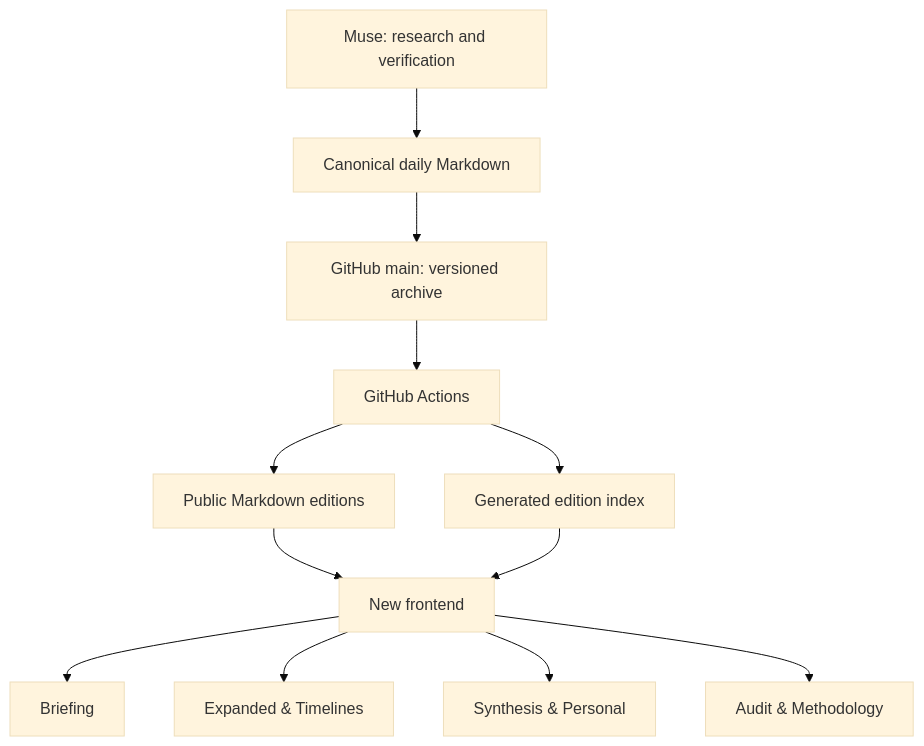
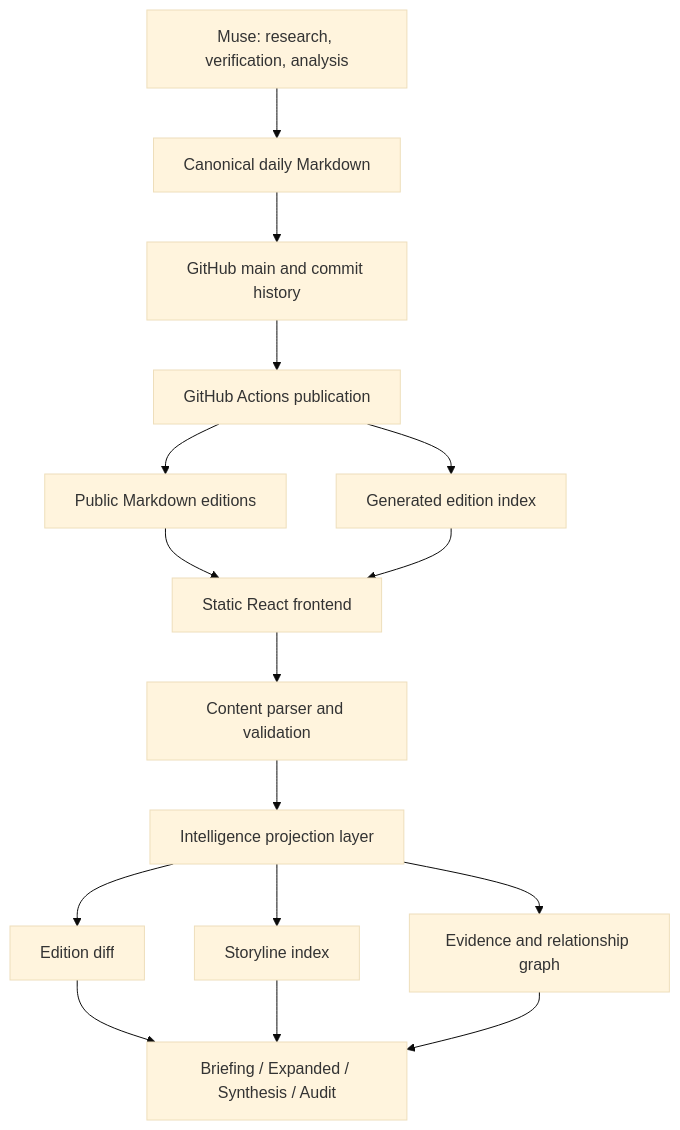
Before and after one commit to rockybuildingaiweb3-boop/world-signal: the diagram in README.md, drawn with Mermaid (base theme). The commit also changed other lines of this file and 8 other files, not shown here.

Commit message:
chore: enforce intelligence v2 contract and add frontend CI

```diff
--- a/README.md
+++ b/README.md
@@ -24,14 +26,18 @@
 ~~~mermaid
 flowchart TD
-  A[Muse: research and verification] --> B[Canonical daily Markdown]
-  B --> C[GitHub main: versioned archive]
-  C --> D[GitHub Actions]
+  A[Muse: research, verification, analysis] --> B[Canonical daily Markdown]
+  B --> C[GitHub main and commit history]
+  C --> D[GitHub Actions publication]
   D --> E[Public Markdown editions]
   D --> F[Generated edition index]
-  E --> G[New frontend]
+  E --> G[Static React frontend]
   F --> G
-  G --> H[Briefing]
-  G --> I[Expanded & Timelines]
-  G --> J[Synthesis & Personal]
-  G --> K[Audit & Methodology]
+  G --> H[Content parser and validation]
+  H --> I[Intelligence projection layer]
+  I --> J[Edition diff]
+  I --> K[Storyline index]
+  I --> L[Evidence and relationship graph]
+  J --> M[Briefing / Expanded / Synthesis / Audit]
+  K --> M
+  L --> M
 ~~~
```
